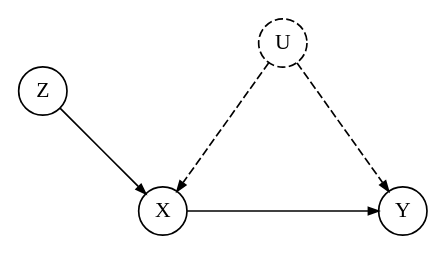
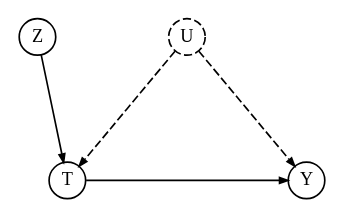
The first of 2 diagrams in docs/tutorials/instrumental-variables.qmd (py-econometrics/pyfixest), drawn with Graphviz before and after one commit. The commit also changed other lines of this file and 1 other file, not shown here.

Commit message:
Modified the instrumental variables tutorial.

````diff
--- a/docs/tutorials/instrumental-variables.qmd
+++ b/docs/tutorials/instrumental-variables.qmd
@@ -31,19 +48,21 @@
 ```{dot}
-//| fig-align: center
-//| fig-cap: "IV DAG: Z is an instrumental variable, U is an unobserved confounder of the effect of X on Y. The dashed node and arrows indicate that U is unobserved. The direct arrow from Y to X shows the relevance. There is no direct arrow from Z to Y, encoding the exclusion restriction. No direct dashed arrow from the unobserved variable to Z shows the instrumental unconfoundedness."
+//| column: margin
+//| fig-cap: "**Figure 1.** IV setup. Z is the instrument, T the endogenous treatment, Y the outcome, and U an unobserved confounder. Dashed elements are unobserved. U creates a backdoor path T ← U → Y, biasing OLS."
+//| fig-width: 2
+//| fig-height: 2
 digraph IV {
     layout=neato;
-    node [shape=circle, fontname="serif", fixedsize=true, width=0.4, fontsize=13];
-    edge [arrowsize=0.6];
+    node [shape=circle, fontname="serif", fixedsize=true, width=0.3, fontsize=11];
+    edge [arrowsize=0.5];
 
-    Z [label="Z", pos="-1.0,1.0!"];
-    U [label="U", style=dashed, pos="1.0,1.4!"];
-    X [label="X", pos="0,0!"];
+    Z [label="Z", pos="-0.25,1.2!"];
+    U [label="U", style=dashed, pos="1.0,1.2!"];
+    T [label="T", pos="0,0!"];
     Y [label="Y", pos="2,0!"];
 
-    Z -> X;
-    X -> Y;
-    U -> X [style=dashed];
+    Z -> T;
+    T -> Y;
+    U -> T [style=dashed];
     U -> Y [style=dashed];
 }
 ```
````
